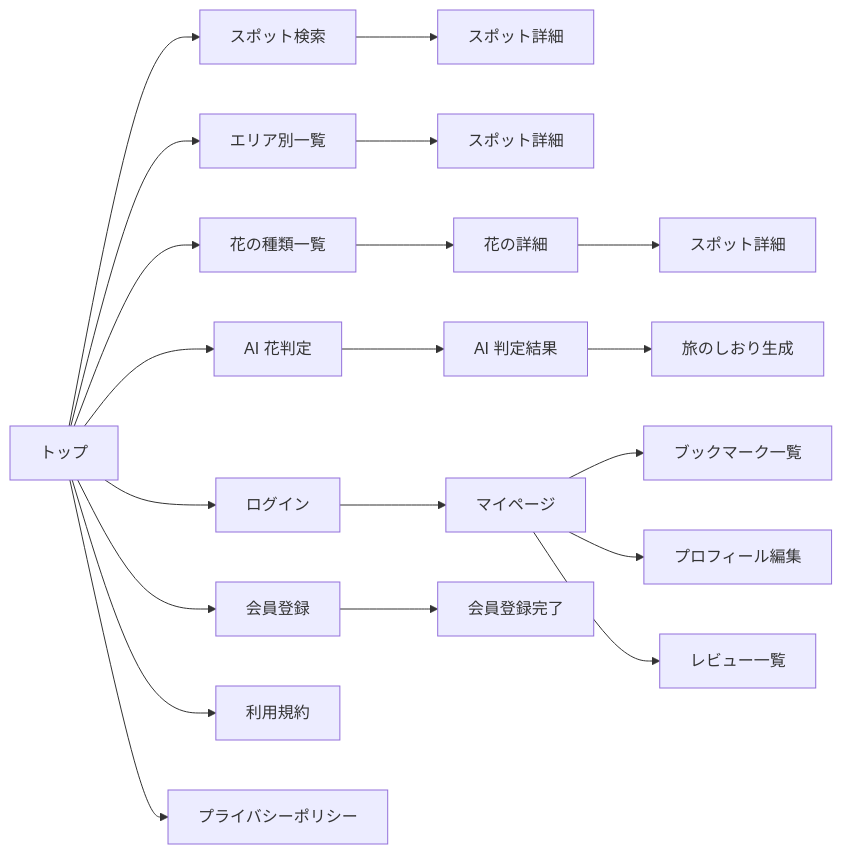
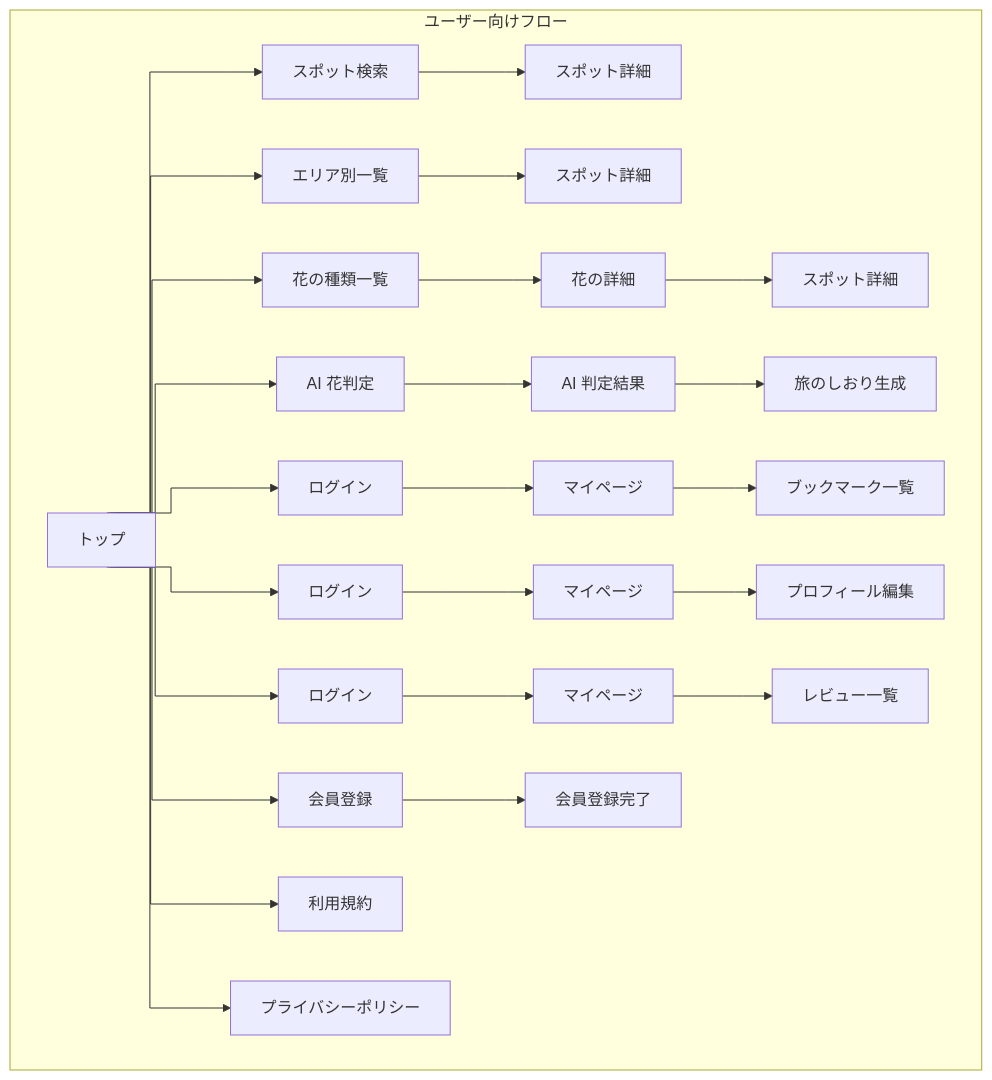
The first of 4 diagrams in docs/design-docs/02_screen-flow.md (taddy-korokoro/hana-nav), drawn with Mermaid before and after one commit. The commit also changed other lines of this file, not shown here.

First line of the commit message:
docs(design-docs): T02 画面遷移図の Mermaid ダイアグラムを整形

````diff
--- a/docs/design-docs/02_screen-flow.md
+++ b/docs/design-docs/02_screen-flow.md
@@ -62,30 +62,40 @@
 ```mermaid
+%%{init: {'flowchart': {'curve': 'step'}}}%%
 flowchart LR
-    TOP[トップ]
+    subgraph sg1["ユーザー向けフロー"]
+        direction LR
+        TOP[トップ]
 
-    TOP --> SPOTS[スポット検索]
-    SPOTS --> SPOT_DETAIL[スポット詳細]
+        TOP --> SPOTS[スポット検索]
+        SPOTS --> SPOT_DETAIL[スポット詳細]
 
-    TOP --> AREA[エリア別一覧]
-    AREA --> SPOT_DETAIL2[スポット詳細]
+        TOP --> AREA[エリア別一覧]
+        AREA --> SPOT_DETAIL2[スポット詳細]
 
-    TOP --> FLOWERS[花の種類一覧]
-    FLOWERS --> FLOWER_DETAIL[花の詳細]
-    FLOWER_DETAIL --> SPOT_DETAIL3[スポット詳細]
+        TOP --> FLOWERS[花の種類一覧]
+        FLOWERS --> FLOWER_DETAIL[花の詳細]
+        FLOWER_DETAIL --> SPOT_DETAIL3[スポット詳細]
 
-    TOP --> IDENTIFY[AI 花判定]
-    IDENTIFY --> RESULT[AI 判定結果]
-    RESULT --> STORY[旅のしおり生成]
+        TOP --> IDENTIFY[AI 花判定]
+        IDENTIFY --> RESULT[AI 判定結果]
+        RESULT --> STORY[旅のしおり生成]
 
-    TOP --> LOGIN[ログイン]
-    LOGIN --> MYPAGE[マイページ]
-    MYPAGE --> BOOKMARKS[ブックマーク一覧]
-    MYPAGE --> PROFILE[プロフィール編集]
-    MYPAGE --> REVIEWS[レビュー一覧]
+        TOP --> LOGIN[ログイン]
+        LOGIN --> MYPAGE[マイページ]
+        MYPAGE --> BOOKMARKS[ブックマーク一覧]
 
-    TOP --> SIGNUP[会員登録]
-    SIGNUP --> SIGNUP_DONE[会員登録完了]
+        TOP --> LOGIN2[ログイン]
+        LOGIN2 --> MYPAGE2[マイページ]
+        MYPAGE2 --> PROFILE[プロフィール編集]
 
-    TOP --> TERMS[利用規約]
-    TOP --> PRIVACY[プライバシーポリシー]
+        TOP --> LOGIN3[ログイン]
+        LOGIN3 --> MYPAGE3[マイページ]
+        MYPAGE3 --> REVIEWS[レビュー一覧]
+
+        TOP --> SIGNUP[会員登録]
+        SIGNUP --> SIGNUP_DONE[会員登録完了]
+
+        TOP --> TERMS[利用規約]
+        TOP --> PRIVACY[プライバシーポリシー]
+    end
 ```
````
